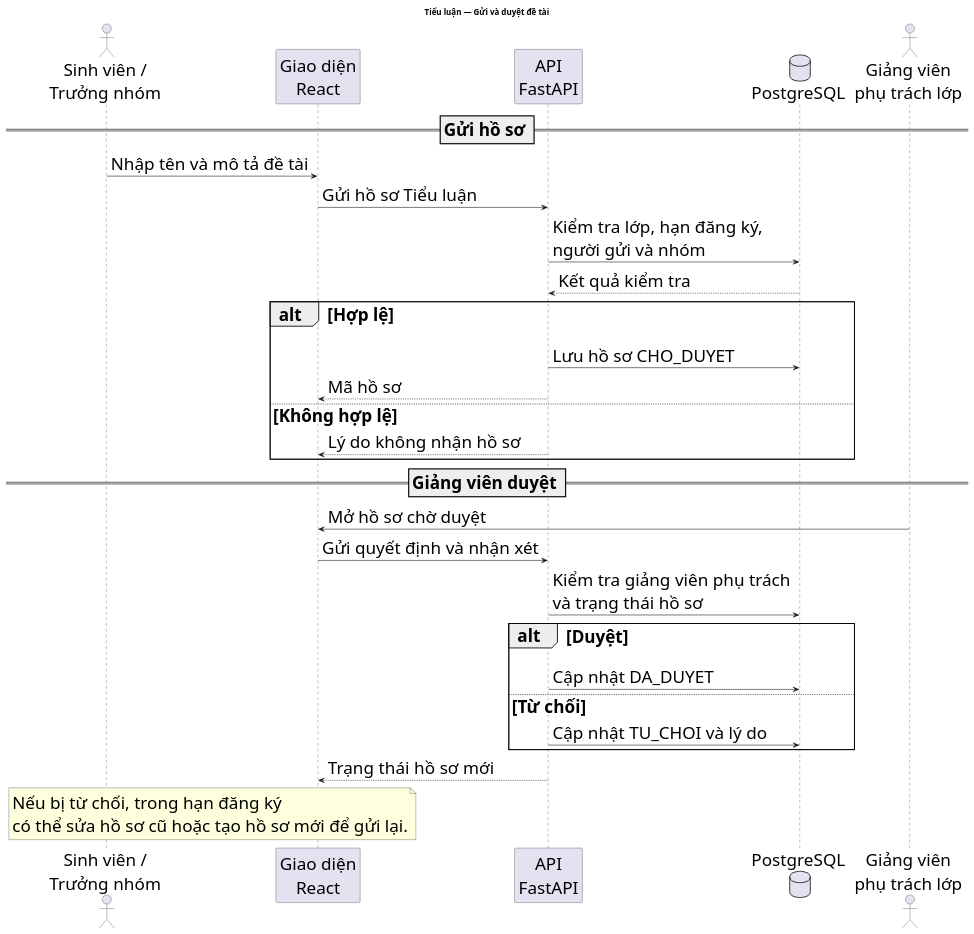
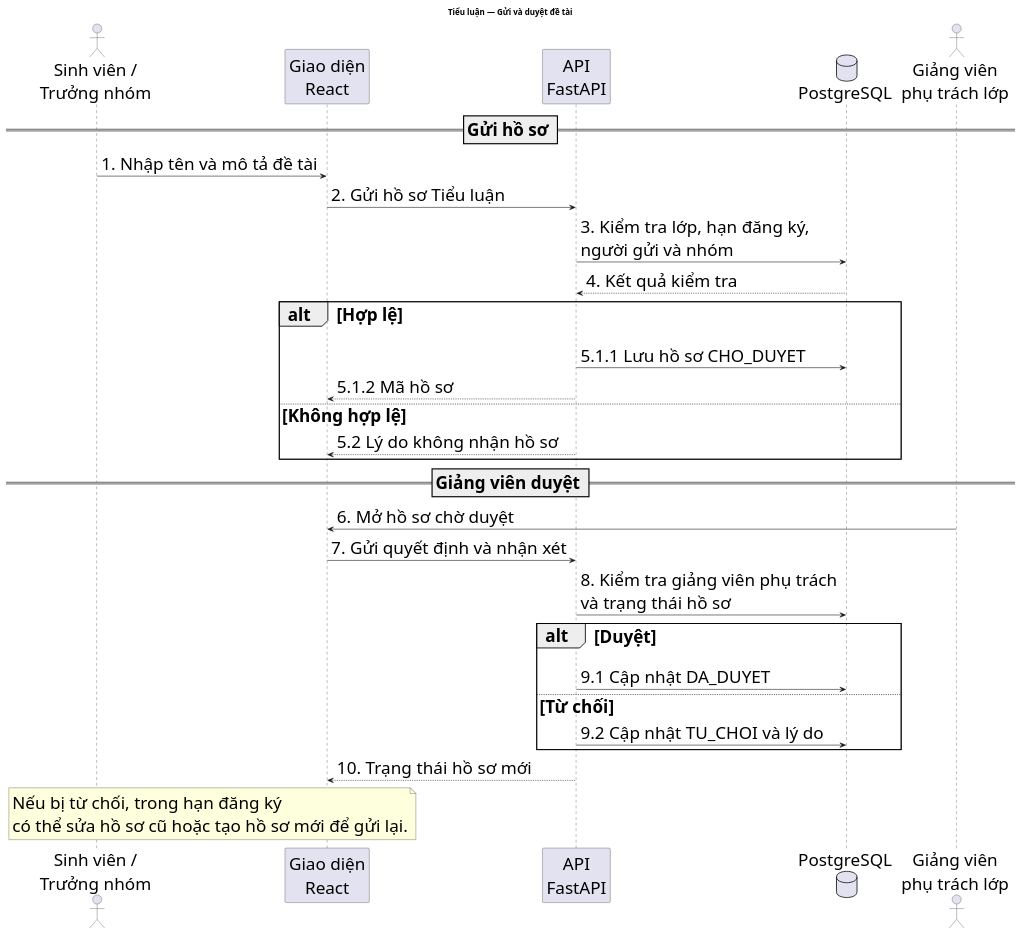
Before and after one commit to lam-vu6868/HTQL_TieuLuan_DoAN: the diagram in SoDoNop/sdtt_Tieuluan.puml, drawn with PlantUML. The commit also changed 1 other file, not shown here.

Commit message:
Docs: Bổ sung STT cho sơ đồ tuần tự

```diff
--- a/SoDoNop/sdtt_Tieuluan.puml
+++ b/SoDoNop/sdtt_Tieuluan.puml
@@ -1,36 +1,36 @@
 @startuml
 title Tiểu luận — Gửi và duyệt đề tài
 skinparam defaultFontSize 30
 actor "Sinh viên /\nTrưởng nhóm" as SV
 participant "Giao diện\nReact" as FE
 participant "API\nFastAPI" as API
 database "PostgreSQL" as DB
 actor "Giảng viên\nphụ trách lớp" as GV
 
 == Gửi hồ sơ ==
-SV -> FE: Nhập tên và mô tả đề tài
-FE -> API: Gửi hồ sơ Tiểu luận
-API -> DB: Kiểm tra lớp, hạn đăng ký,\nngười gửi và nhóm
-DB --> API: Kết quả kiểm tra
+SV -> FE: 1. Nhập tên và mô tả đề tài
+FE -> API: 2. Gửi hồ sơ Tiểu luận
+API -> DB: 3. Kiểm tra lớp, hạn đăng ký,\nngười gửi và nhóm
+DB --> API: 4. Kết quả kiểm tra
 alt Hợp lệ
-  API -> DB: Lưu hồ sơ CHO_DUYET
-  API --> FE: Mã hồ sơ
+  API -> DB: 5.1.1 Lưu hồ sơ CHO_DUYET
+  API --> FE: 5.1.2 Mã hồ sơ
 else Không hợp lệ
-  API --> FE: Lý do không nhận hồ sơ
+  API --> FE: 5.2 Lý do không nhận hồ sơ
 end
 
 == Giảng viên duyệt ==
-GV -> FE: Mở hồ sơ chờ duyệt
-FE -> API: Gửi quyết định và nhận xét
-API -> DB: Kiểm tra giảng viên phụ trách\nvà trạng thái hồ sơ
+GV -> FE: 6. Mở hồ sơ chờ duyệt
+FE -> API: 7. Gửi quyết định và nhận xét
+API -> DB: 8. Kiểm tra giảng viên phụ trách\nvà trạng thái hồ sơ
 alt Duyệt
-  API -> DB: Cập nhật DA_DUYET
+  API -> DB: 9.1 Cập nhật DA_DUYET
 else Từ chối
-  API -> DB: Cập nhật TU_CHOI và lý do
+  API -> DB: 9.2 Cập nhật TU_CHOI và lý do
 end
-API --> FE: Trạng thái hồ sơ mới
+API --> FE: 10. Trạng thái hồ sơ mới
 note over SV,FE
   Nếu bị từ chối, trong hạn đăng ký
   có thể sửa hồ sơ cũ hoặc tạo hồ sơ mới để gửi lại.
 end note
 @enduml
```
